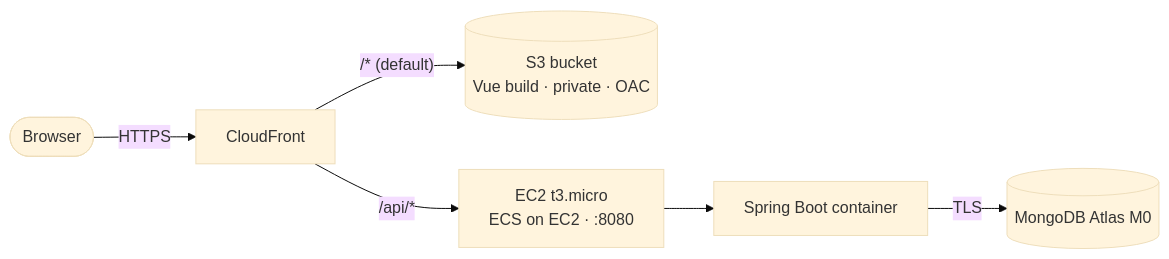
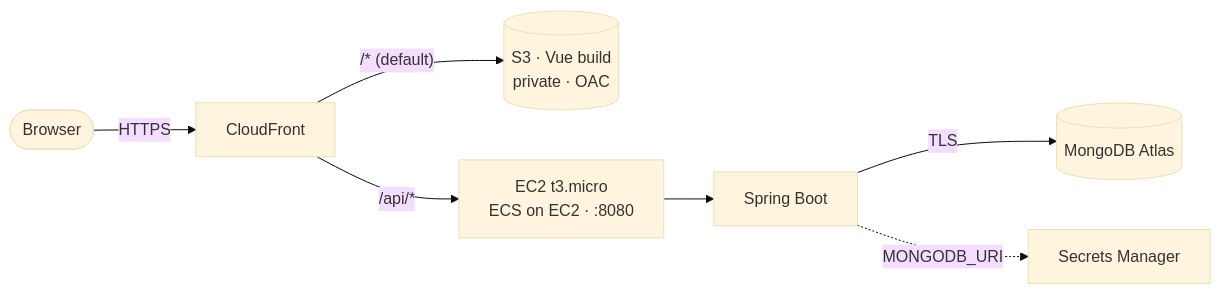
Before and after one commit to Minhtriet1501/ClearSpend: the first of 2 diagrams in README.md, drawn with Mermaid (base theme). The commit also changed other lines of this file and 2 other files, not shown here.

````diff
--- a/README.md
+++ b/README.md
@@ -39,8 +17,9 @@
 ```mermaid
 flowchart LR
   User([Browser]) -- HTTPS --> CF[CloudFront]
-  CF -- "/* (default)" --> S3[(S3 bucket<br/>Vue build · private · OAC)]
+  CF -- "/* (default)" --> S3[(S3 · Vue build<br/>private · OAC)]
   CF -- "/api/*" --> EC2[EC2 t3.micro<br/>ECS on EC2 · :8080]
-  EC2 --> App[Spring Boot container]
-  App -- TLS --> Atlas[(MongoDB Atlas M0)]
+  EC2 --> App[Spring Boot]
+  App -- TLS --> Atlas[(MongoDB Atlas)]
+  App -. MONGODB_URI .-> SM[Secrets Manager]
 ```
````
